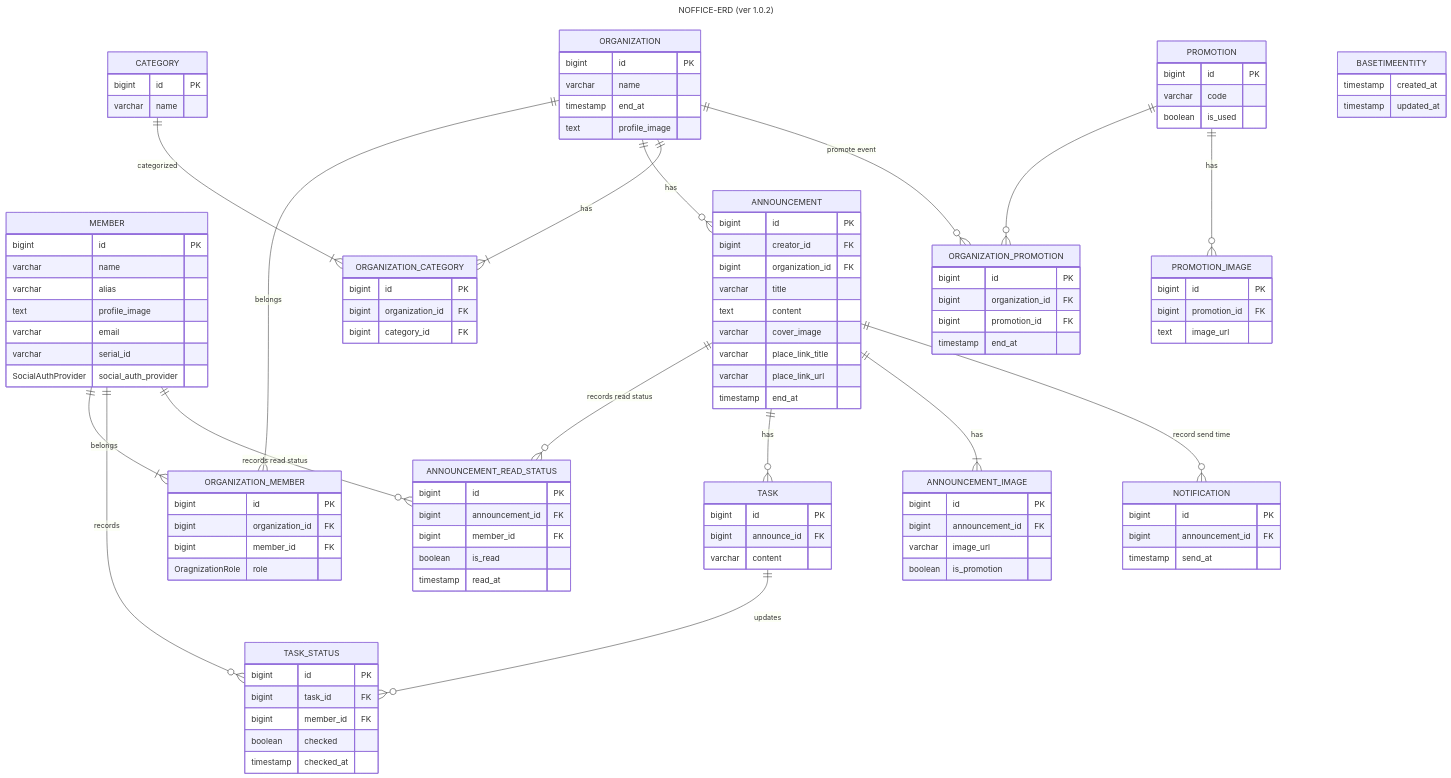
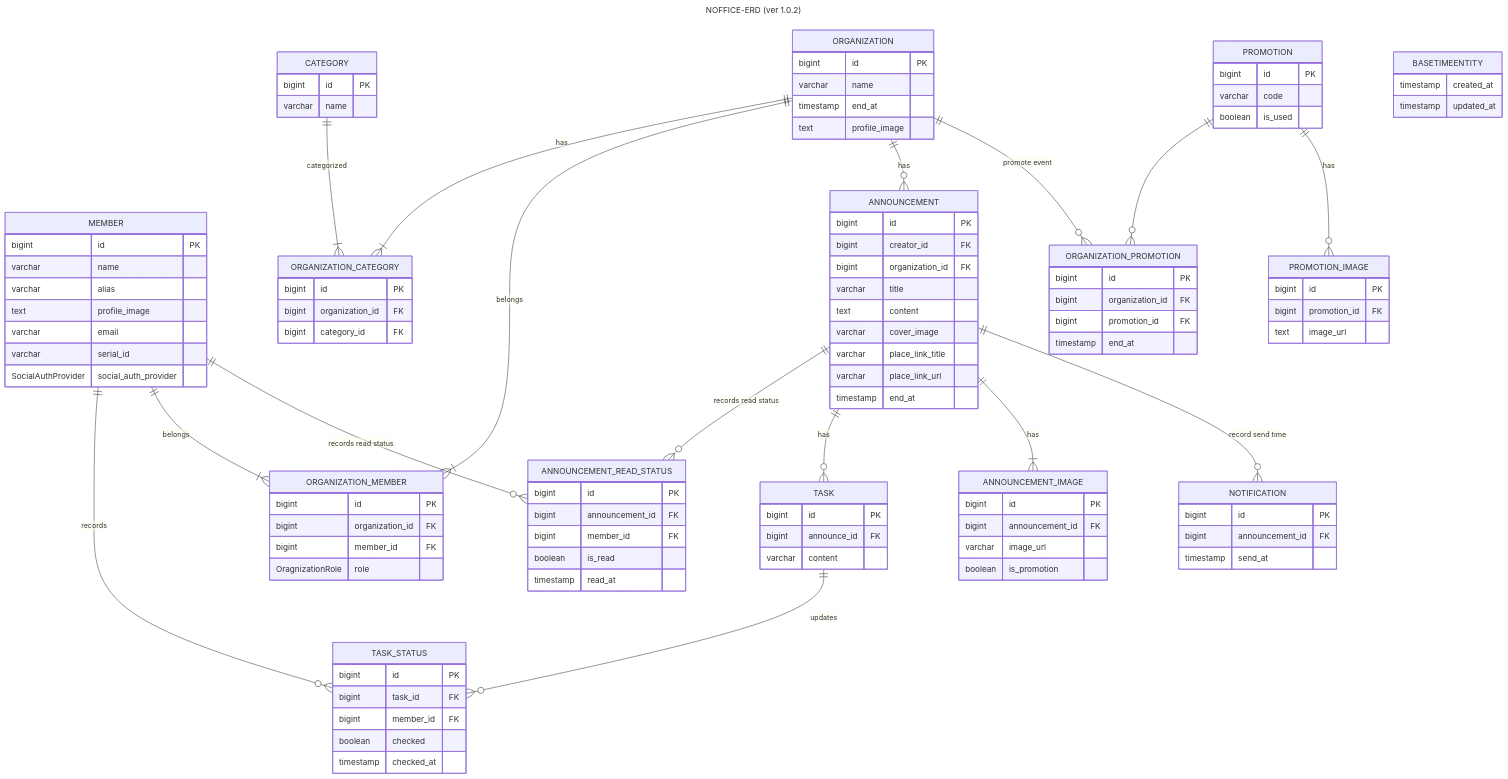
Before and after one commit to Team-Notitime/NOFFICE-SERVER: the diagram in docs/NOFFICE-erd.md, drawn with Mermaid.

Commit message:
:memo: docs: revise for ERD formatter

```diff
--- a/docs/NOFFICE-erd.md
+++ b/docs/NOFFICE-erd.md
@@ -7,6 +7,7 @@
 title : NOFFICE-ERD (ver 1.0.2)
 ---
 erDiagram
+    MEMBER ||--o{ TASK_STATUS: records
     MEMBER ||--|{ ORGANIZATION_MEMBER: belongs
     MEMBER {
         bigint id PK
@@ -18,6 +19,7 @@
         SocialAuthProvider social_auth_provider
     }
 
+    ORGANIZATION ||--|{ ORGANIZATION_CATEGORY: has
     ORGANIZATION ||--|{ ORGANIZATION_MEMBER: belongs
     ORGANIZATION ||--o{ ANNOUNCEMENT: "has"
     ORGANIZATION {
@@ -39,7 +41,6 @@
         timestamp end_at
     }
 
-    MEMBER ||--o{ TASK_STATUS: records
     TASK ||--o{ TASK_STATUS: updates
     TASK_STATUS {
         bigint id PK
@@ -80,7 +81,7 @@
         bigint member_id FK
         OragnizationRole role
     }
-    ORGANIZATION ||--|{ ORGANIZATION_CATEGORY: has
+
     ORGANIZATION_CATEGORY {
         bigint id PK
         bigint organization_id FK
```
